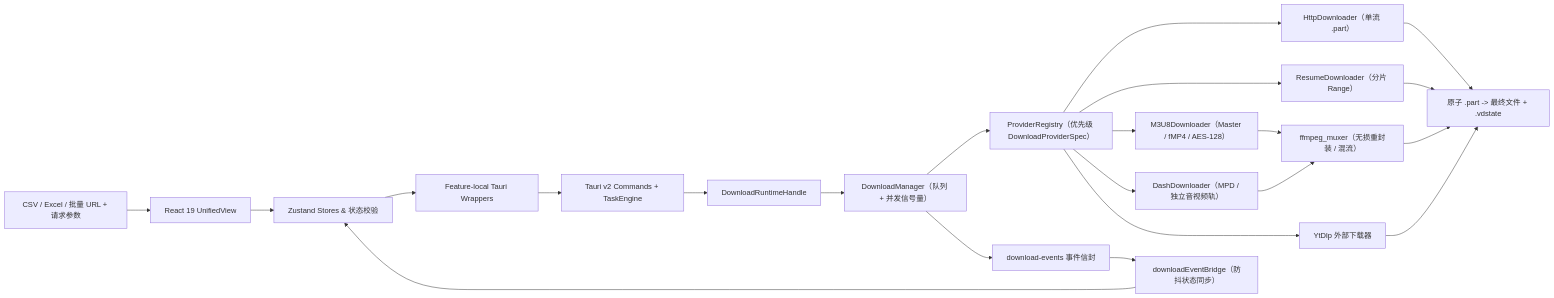
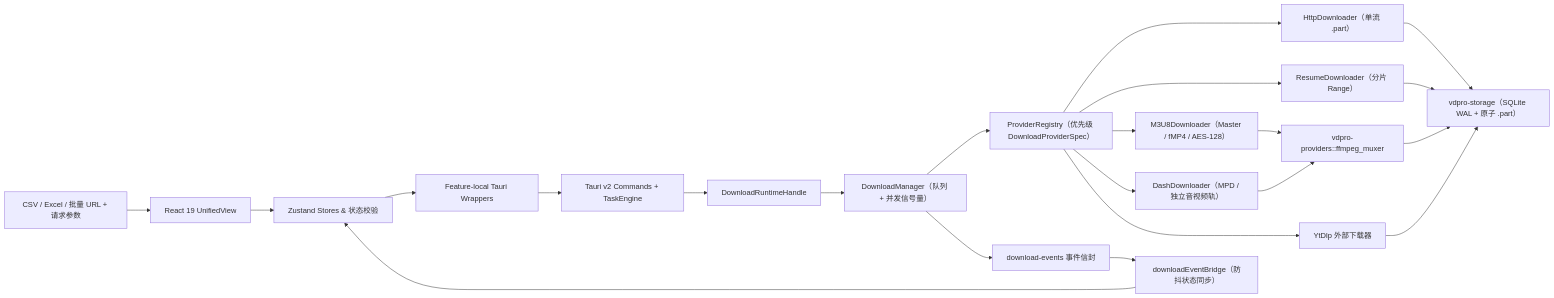
The diagram in README.zh-CN.md (seaworld008/tauri-video-batch-downloader), drawn with Mermaid before and after one commit. The commit also changed other lines of this file and 48 other files, not shown here.

Commit message:
feat(v2.0.0): modularize Cargo workspace and upgrade state persistence to SQLite WAL

````diff
--- a/README.zh-CN.md
+++ b/README.zh-CN.md
@@ -73,24 +74,24 @@
 ```mermaid
 flowchart LR
   Input["CSV / Excel / 批量 URL + 请求参数"] --> UI["React 19 UnifiedView"]
   UI --> Store["Zustand Stores & 状态校验"]
   Store --> API["Feature-local Tauri Wrappers"]
   API --> Commands["Tauri v2 Commands + TaskEngine"]
   Commands --> Runtime["DownloadRuntimeHandle"]
   Runtime --> Manager["DownloadManager（队列 + 并发信号量）"]
   Manager --> Router["ProviderRegistry（优先级 DownloadProviderSpec）"]
   Router --> HTTP["HttpDownloader（单流 .part）"]
   Router --> Resume["ResumeDownloader（分片 Range）"]
   Router --> HLS["M3U8Downloader（Master / fMP4 / AES-128）"]
   Router --> DASH["DashDownloader（MPD / 独立音视频轨）"]
   Router --> YtDlp["YtDlp 外部下载器"]
-  HLS --> Mux["ffmpeg_muxer（无损重封装 / 混流）"]
+  HLS --> Mux["vdpro-providers::ffmpeg_muxer"]
   DASH --> Mux
-  HTTP --> Storage["原子 .part -> 最终文件 + .vdstate"]
+  HTTP --> Storage["vdpro-storage（SQLite WAL + 原子 .part）"]
   Resume --> Storage
   Mux --> Storage
   YtDlp --> Storage
   Manager --> EventBus["download-events 事件信封"]
   EventBus --> Bridge["downloadEventBridge（防抖状态同步）"]
   Bridge --> Store
 ```
````
